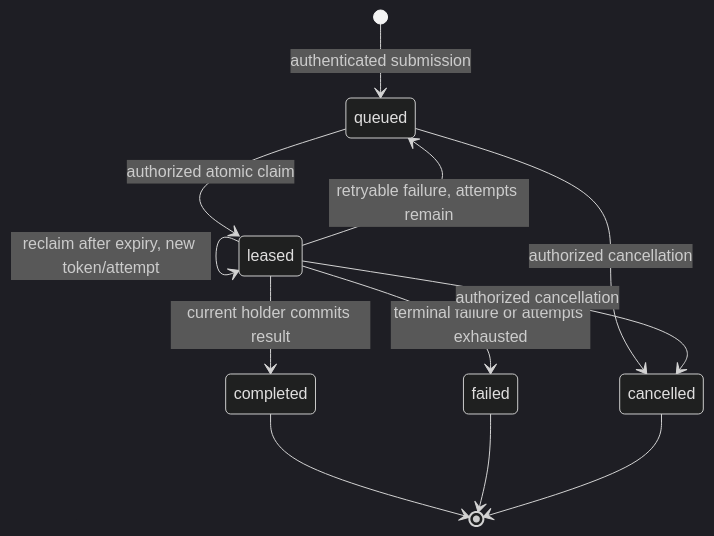
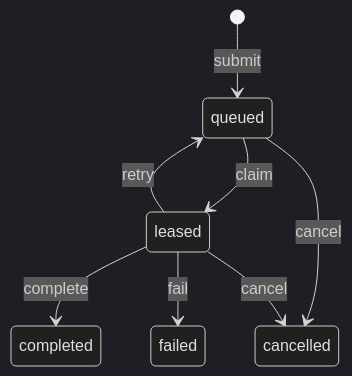
Before and after one commit to spore310/AHP: the second of 2 diagrams in docs/architecture/agent-task-lifecycle.md, drawn with Mermaid (dark theme). The commit also changed other lines of this file and 342 other files, not shown here.

````diff
--- a/docs/architecture/agent-task-lifecycle.md
+++ b/docs/architecture/agent-task-lifecycle.md
@@ -94,15 +80,10 @@
 ```mermaid
 stateDiagram-v2
-    [*] --> queued: authenticated submission
-    queued --> leased: authorized atomic claim
-    leased --> leased: renew valid lease
-    leased --> leased: reclaim after expiry, new token/attempt
-    leased --> queued: retryable failure, attempts remain
-    leased --> completed: current holder commits result
-    leased --> failed: terminal failure or attempts exhausted
-    queued --> cancelled: authorized cancellation
-    leased --> cancelled: authorized cancellation
-    completed --> [*]
-    failed --> [*]
-    cancelled --> [*]
+    [*] --> queued : submit
+    queued --> leased : claim
+    leased --> queued : retry
+    leased --> completed : complete
+    leased --> failed : fail
+    queued --> cancelled : cancel
+    leased --> cancelled : cancel
 ```
````
